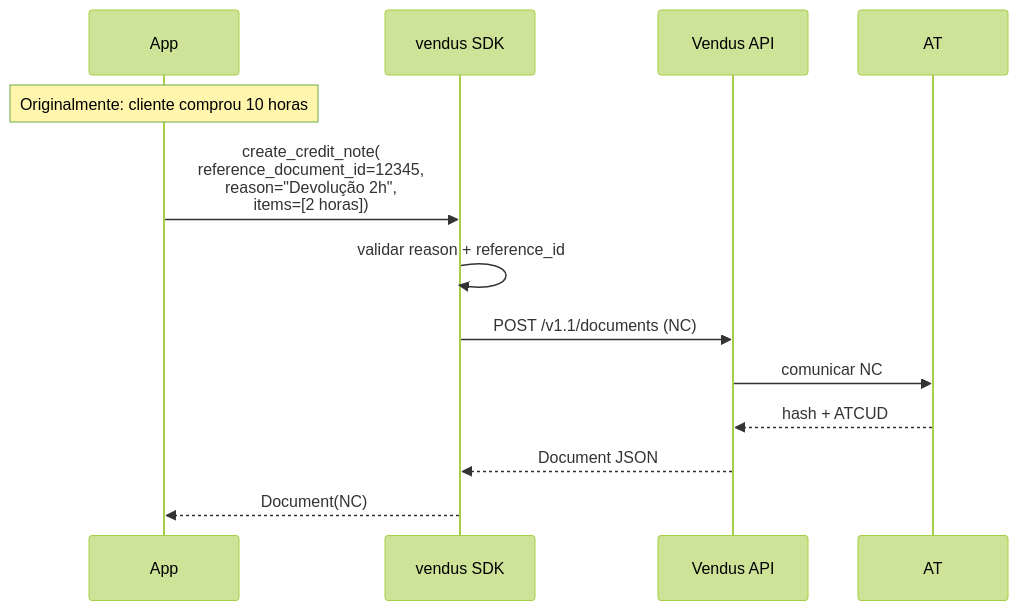
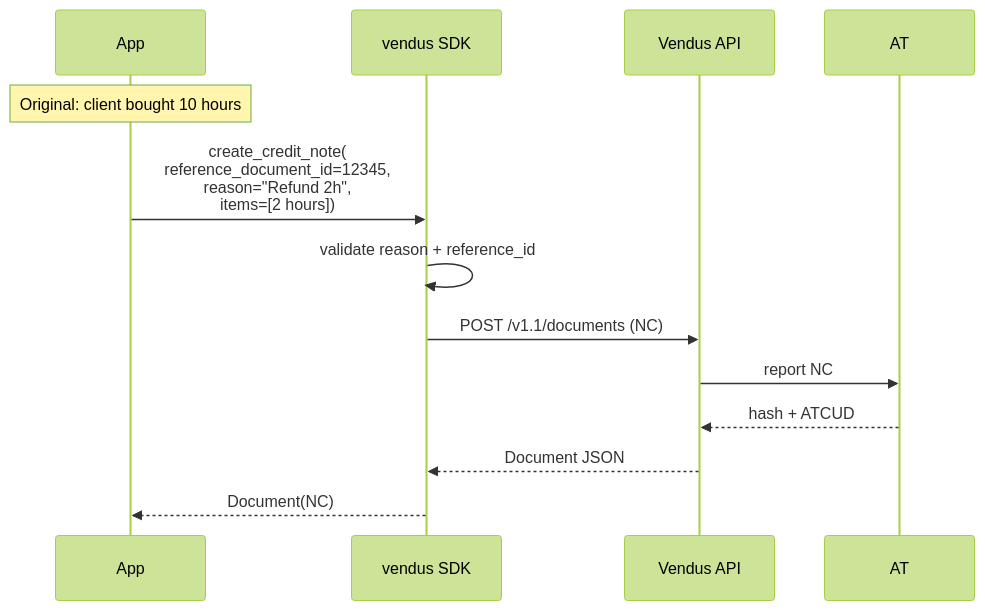
One commit to bilouro/vendus-python changed the diagram in docs/documents/credit-note.md. Above: the diagram before and after it, drawn with Mermaid (forest theme). The commit also changed other lines of this file and 38 other files, not shown here.

````diff
--- a/docs/documents/credit-note.md
+++ b/docs/documents/credit-note.md
@@ -14,16 +14,16 @@
 ```mermaid
 sequenceDiagram
     participant App
     participant SDK as vendus SDK
     participant API as Vendus API
     participant AT
 
-    Note over App: Originalmente: cliente comprou 10 horas
-    App->>SDK: create_credit_note(<br/>reference_document_id=12345,<br/>reason="Devolução 2h",<br/>items=[2 horas])
-    SDK->>SDK: validar reason + reference_id
+    Note over App: Original: client bought 10 hours
+    App->>SDK: create_credit_note(<br/>reference_document_id=12345,<br/>reason="Refund 2h",<br/>items=[2 hours])
+    SDK->>SDK: validate reason + reference_id
     SDK->>API: POST /v1.1/documents (NC)
-    API->>AT: comunicar NC
+    API->>AT: report NC
     AT-->>API: hash + ATCUD
     API-->>SDK: Document JSON
     SDK-->>App: Document(NC)
 ```
````
